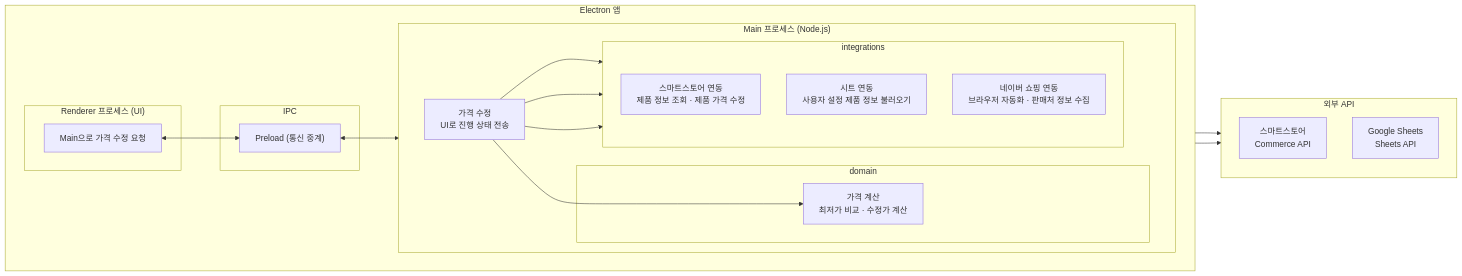
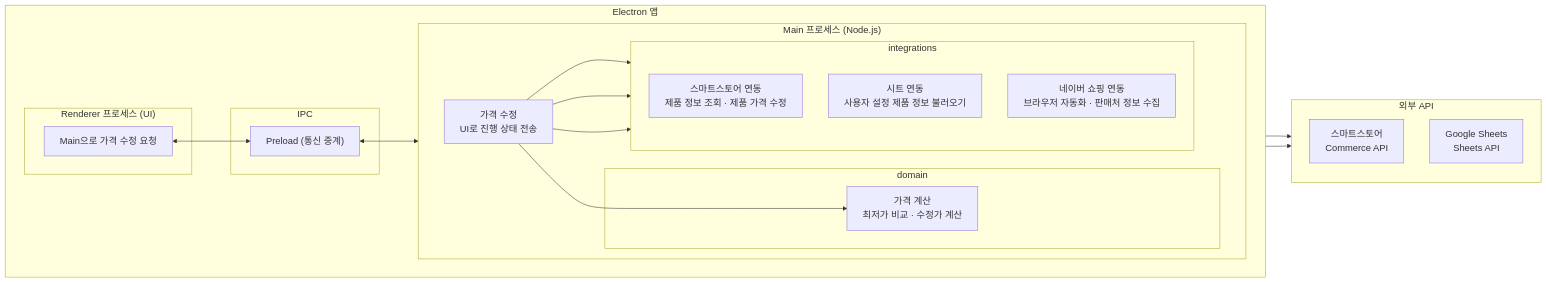
Before and after one commit to J8rl-Chik/smartstore-price-bot: the diagram in assets/architecture.mmd, drawn with Mermaid. The commit also changed 1 other file, not shown here.

Commit message:
docs: architecture 다이어그램 노드 글자 크기를 18px로 변경
- themeVariables.fontSize를 18px로 설정하고 이미지를 다시 생성

```diff
--- a/assets/architecture.mmd
+++ b/assets/architecture.mmd
@@ -1,41 +1,41 @@
-%%{init: {"flowchart": {"htmlLabels": false, "wrappingWidth": 400}, "themeCSS": ".cluster-label text { font-size: 20px; font-weight: bold; }"}}%%
+%%{init: {"flowchart": {"htmlLabels": false, "wrappingWidth": 400}, "themeVariables": {"fontSize": "18px"}, "themeCSS": ".cluster-label text { font-size: 20px; font-weight: bold; }"}}%%
 flowchart LR
   subgraph Electron["Electron 앱"]
     direction LR
     subgraph Renderer["Renderer 프로세스 (UI)"]
       React["Main으로 가격 수정 요청"]
     end
 
     subgraph Main["Main 프로세스 (Node.js)"]
       direction LR
       Core["가격 수정<br/>UI로 진행 상태 전송"]
       subgraph Domain["domain"]
         DomainLogic["가격 계산<br/>최저가 비교 · 수정가 계산"]
       end
       subgraph Adapters["integrations"]
         direction TB
         StoreAd["스마트스토어 연동<br/>제품 정보 조회 · 제품 가격 수정"]
         SheetsAd["시트 연동<br/>사용자 설정 제품 정보 불러오기"]
         CatalogAd["네이버 쇼핑 연동<br/>브라우저 자동화 · 판매처 정보 수집"]
       end
       Core --> DomainLogic
       Core --> StoreAd
       Core --> SheetsAd
       Core --> CatalogAd
     end
 
     subgraph IPC["IPC"]
       Preload["Preload (통신 중계)"]
     end
 
     React <--> Preload <--> Core
   end
 
   subgraph External["외부 API"]
     direction TB
     Commerce["스마트스토어<br/>Commerce API"]
     Sheets["Google Sheets<br/>Sheets API"]
   end
 
   StoreAd --> Commerce
   SheetsAd --> Sheets
```
